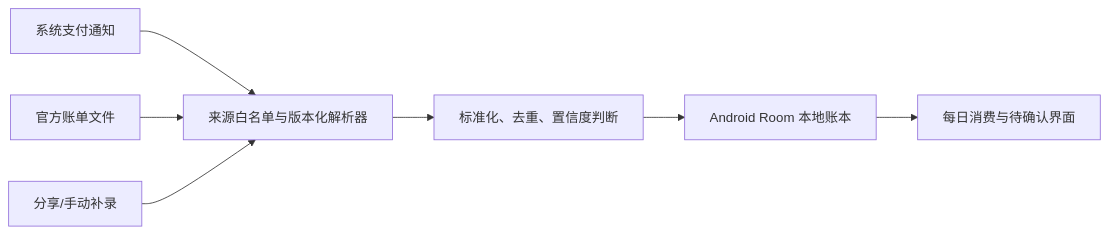
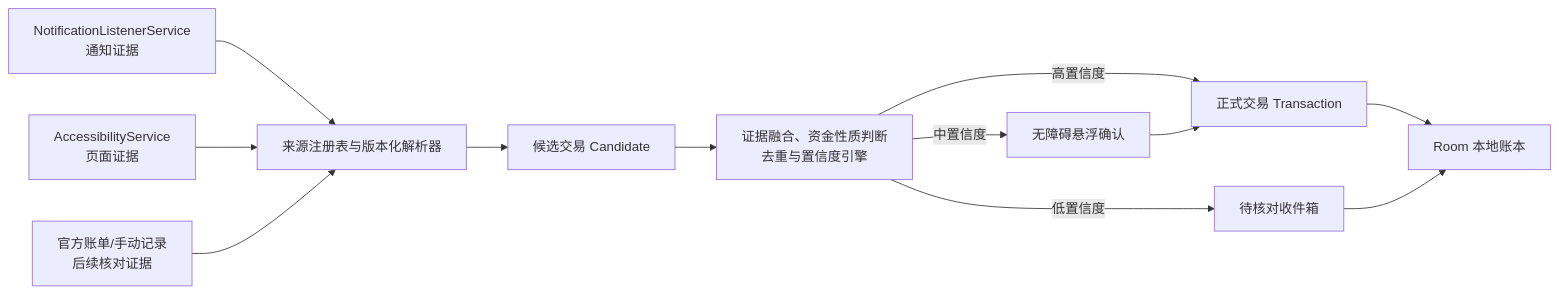
Before and after one commit to bi9potato/daily-todo-sync-prod: the diagram in apps/mobile/docs/ANDROID_EXPENSE_TRACKING_PLAN.md, drawn with Mermaid. The commit also changed other lines of this file and 19 other files, not shown here.

````diff
--- a/apps/mobile/docs/ANDROID_EXPENSE_TRACKING_PLAN.md
+++ b/apps/mobile/docs/ANDROID_EXPENSE_TRACKING_PLAN.md
@@ -27,9 +122,14 @@
 ```mermaid
 flowchart LR
-    A["系统支付通知"] --> D["来源白名单与版本化解析器"]
-    B["官方账单文件"] --> D
-    C["分享/手动补录"] --> D
-    D --> E["标准化、去重、置信度判断"]
-    E --> F["Android Room 本地账本"]
-    F --> G["每日消费与待确认界面"]
+    N["NotificationListenerService<br/>通知证据"] --> R["来源注册表与版本化解析器"]
+    A["AccessibilityService<br/>页面证据"] --> R
+    I["官方账单/手动记录<br/>后续核对证据"] --> R
+    R --> C["候选交易 Candidate"]
+    C --> F["证据融合、资金性质判断<br/>去重与置信度引擎"]
+    F -->|高置信度| T["正式交易 Transaction"]
+    F -->|中置信度| O["无障碍悬浮确认"]
+    F -->|低置信度| Q["待核对收件箱"]
+    O --> T
+    T --> D["Room 本地账本"]
+    Q --> D
 ```
````
